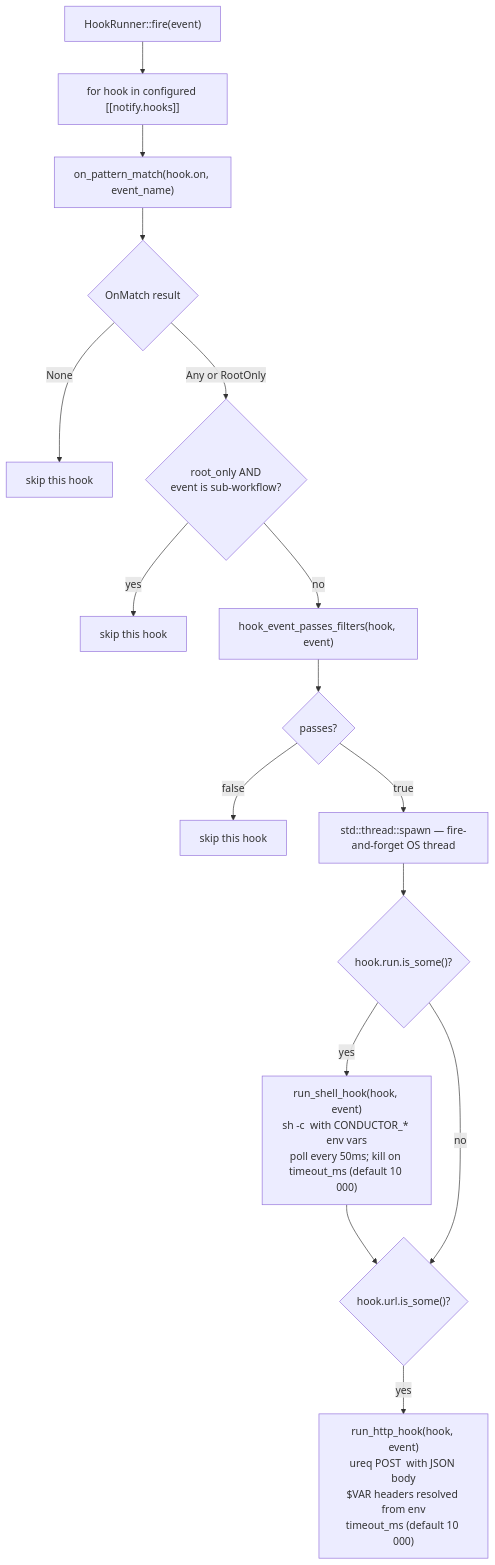
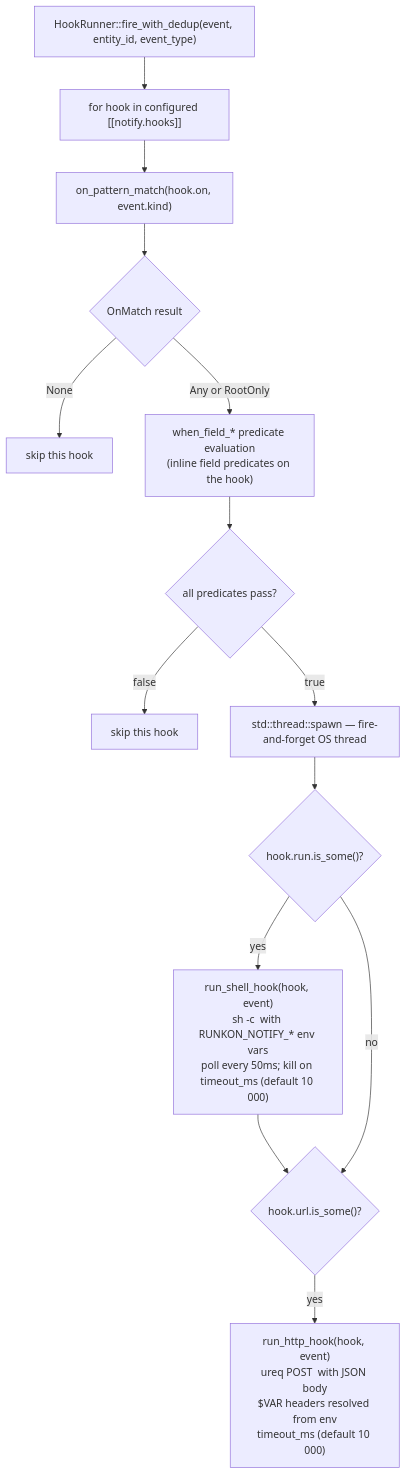
Before and after one commit to devinrosen/conductor-ai: the fourth of 6 diagrams in docs/notification-hooks.md, drawn with Mermaid. The commit also changed other lines of this file and 35 other files, not shown here.

````diff
--- a/docs/notification-hooks.md
+++ b/docs/notification-hooks.md
@@ -122,34 +119,30 @@
 ```mermaid
 flowchart TD
-    I["HookRunner::fire(event)"]
+    I["HookRunner::fire_with_dedup(event, entity_id, event_type)"]
     J["for hook in configured [[notify.hooks]]"]
-    K["on_pattern_match(hook.on, event_name)"]
+    K["on_pattern_match(hook.on, event.kind)"]
     L{"OnMatch result"}
     M["skip this hook"]
-    N{"root_only AND\nevent is sub-workflow?"}
-    O["skip this hook"]
-    P["hook_event_passes_filters(hook, event)"]
-    Q{"passes?"}
-    R["skip this hook"]
-    S["std::thread::spawn — fire-and-forget OS thread"]
-    T{"hook.run.is_some()?"}
-    U["run_shell_hook(hook, event)\nsh -c <cmd> with CONDUCTOR_* env vars\npoll every 50ms; kill on timeout_ms (default 10 000)"]
-    V{"hook.url.is_some()?"}
-    W["run_http_hook(hook, event)\nureq POST <url> with JSON body\n$VAR headers resolved from env\ntimeout_ms (default 10 000)"]
+    N["when_field_* predicate evaluation\n(inline field predicates on the hook)"]
+    O{"all predicates pass?"}
+    P["skip this hook"]
+    Q["std::thread::spawn — fire-and-forget OS thread"]
+    R{"hook.run.is_some()?"}
+    S["run_shell_hook(hook, event)\nsh -c <cmd> with RUNKON_NOTIFY_* env vars\npoll every 50ms; kill on timeout_ms (default 10 000)"]
+    T{"hook.url.is_some()?"}
+    U["run_http_hook(hook, event)\nureq POST <url> with JSON body\n$VAR headers resolved from env\ntimeout_ms (default 10 000)"]
 
     I --> J
     J --> K
     K --> L
     L -->|"None"| M
     L -->|"Any or RootOnly"| N
-    N -->|"yes"| O
-    N -->|"no"| P
-    P --> Q
-    Q -->|"false"| R
-    Q -->|"true"| S
+    N --> O
+    O -->|"false"| P
+    O -->|"true"| Q
+    Q --> R
+    R -->|"yes"| S
     S --> T
+    R -->|"no"| T
     T -->|"yes"| U
-    U --> V
-    T -->|"no"| V
-    V -->|"yes"| W
 ```
````
